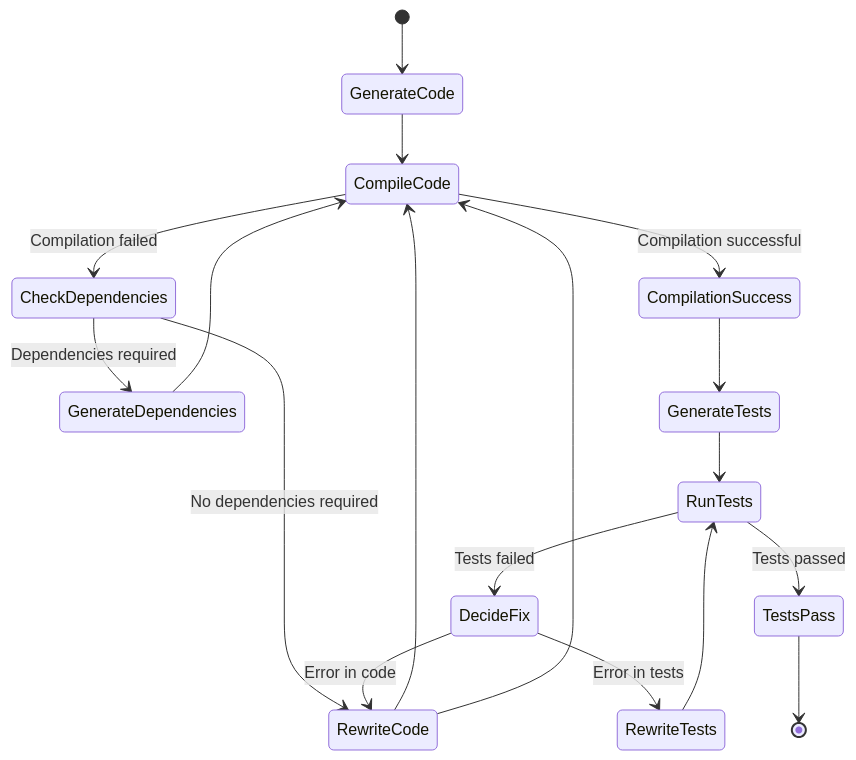
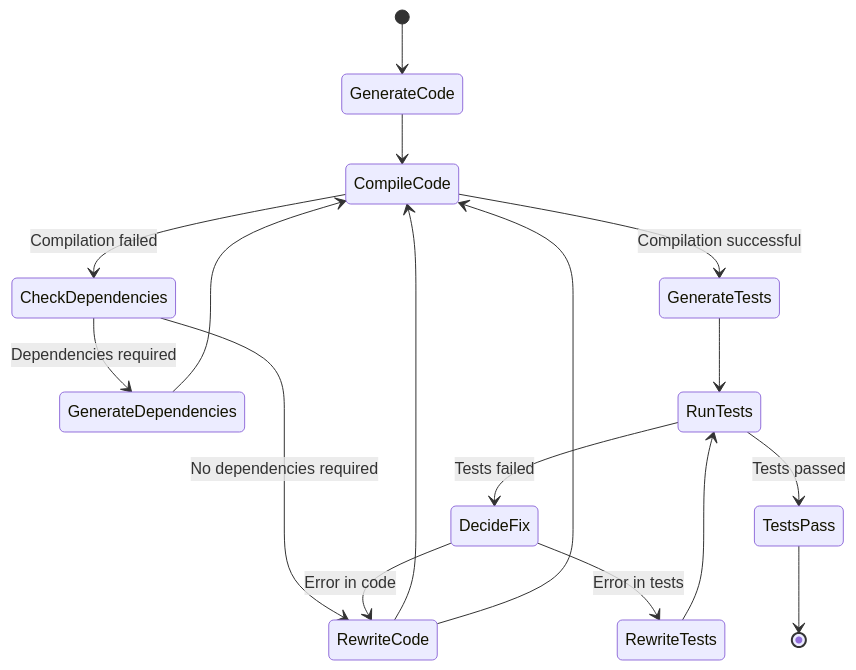
One commit to rizgan/LLM-Logic-Exec-Verify changed the diagram in README.md. Above: the diagram before and after it, drawn with Mermaid.

````diff
--- a/README.md
+++ b/README.md
@@ -26,20 +26,19 @@
 ```mermaid
 stateDiagram
 [*] --> GenerateCode
 GenerateCode --> CompileCode
-CompileCode --> CompilationSuccess : Compilation successful
+CompileCode --> GenerateTests : Compilation successful
 CompileCode --> CheckDependencies : Compilation failed
 CheckDependencies --> GenerateDependencies : Dependencies required
 GenerateDependencies --> CompileCode
 CheckDependencies --> RewriteCode : No dependencies required
 RewriteCode --> CompileCode
-CompilationSuccess --> GenerateTests
 GenerateTests --> RunTests
 RunTests --> TestsPass : Tests passed
 RunTests --> DecideFix : Tests failed
 DecideFix --> RewriteCode : Error in code
 DecideFix --> RewriteTests : Error in tests
 RewriteCode --> CompileCode
 RewriteTests --> RunTests
 TestsPass --> [*]
 ```
````
